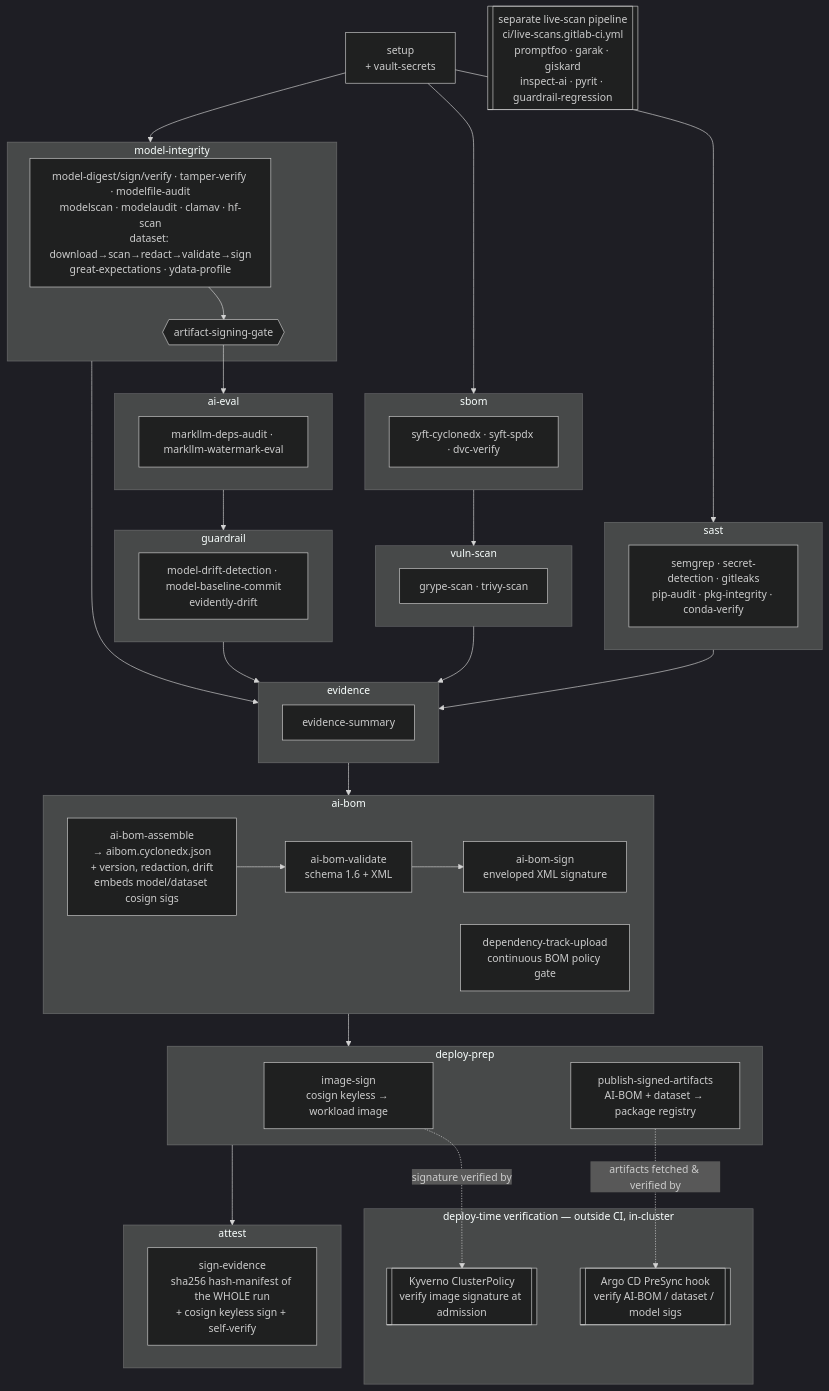
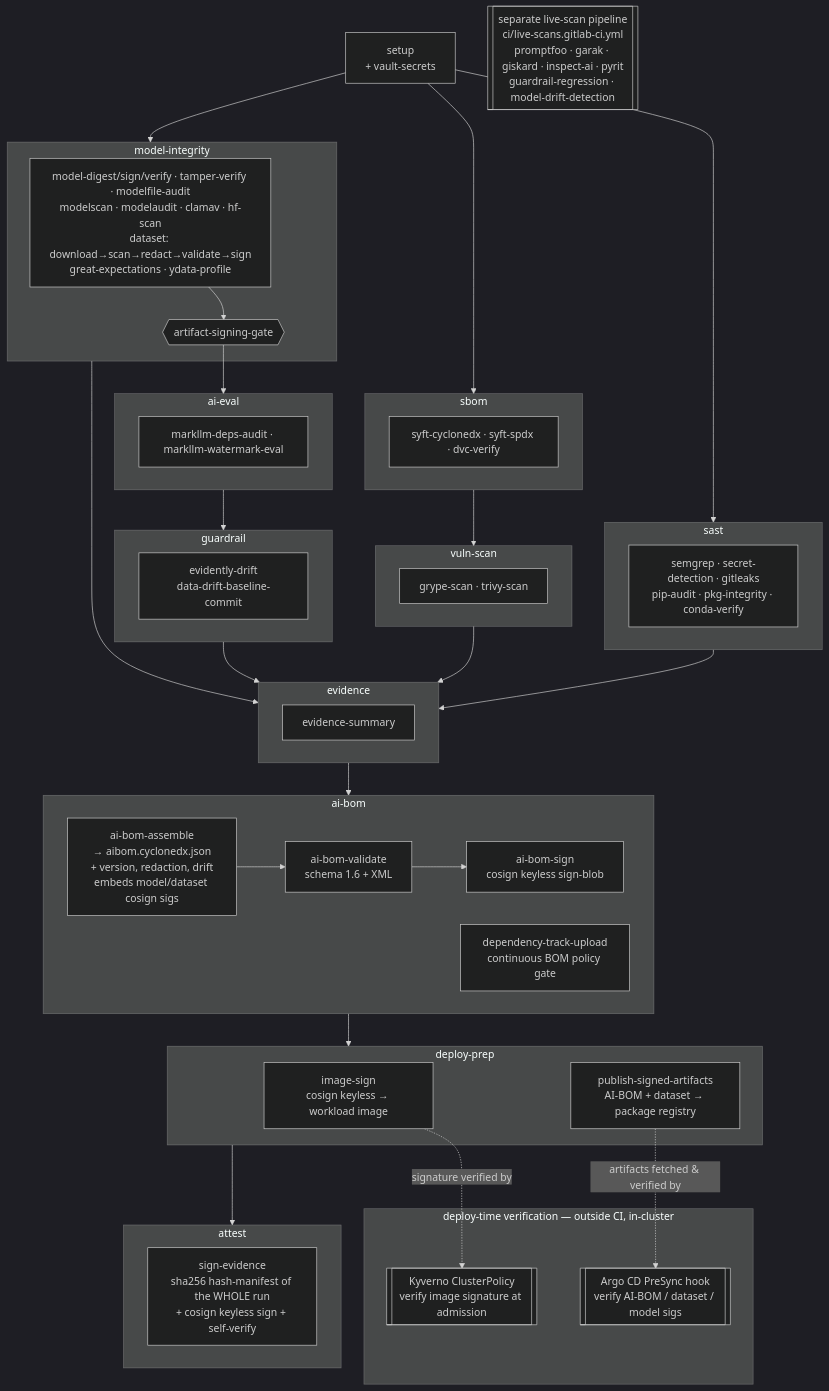
One commit to Nate-Carroll-Cyber/mlsecdevops-pipeline-example changed the diagram in docs/gaips-materials/README.md. Above: the diagram before and after it, drawn with Mermaid (dark theme). The commit also changed other lines of this file and 10 other files, not shown here.

````diff
--- a/docs/gaips-materials/README.md
+++ b/docs/gaips-materials/README.md
@@ -82,54 +82,54 @@
 ```mermaid
 flowchart TD
     setup[setup<br/>+ vault-secrets]
 
     subgraph SAST [sast]
       sast_jobs[semgrep · secret-detection · gitleaks<br/>pip-audit · pkg-integrity · conda-verify]
     end
     subgraph SBOM [sbom]
       sbom_jobs[syft-cyclonedx · syft-spdx · dvc-verify]
     end
     subgraph VULN [vuln-scan]
       vuln_jobs[grype-scan · trivy-scan]
     end
     subgraph MI [model-integrity]
       mi_jobs[model-digest/sign/verify · tamper-verify · modelfile-audit<br/>modelscan · modelaudit · clamav · hf-scan<br/>dataset: download→scan→redact→validate→sign<br/>great-expectations · ydata-profile]
       gate{{artifact-signing-gate}}
       mi_jobs --> gate
     end
     subgraph EVAL [ai-eval]
       eval_jobs[markllm-deps-audit · markllm-watermark-eval]
     end
     subgraph GUARD [guardrail]
-      guard_jobs[model-drift-detection · model-baseline-commit<br/>evidently-drift]
+      guard_jobs[evidently-drift<br/>data-drift-baseline-commit]
     end
-    livescan[[separate live-scan pipeline<br/>ci/live-scans.gitlab-ci.yml<br/>promptfoo · garak · giskard<br/>inspect-ai · pyrit · guardrail-regression]]
+    livescan[[separate live-scan pipeline<br/>ci/live-scans.gitlab-ci.yml<br/>promptfoo · garak · giskard · inspect-ai · pyrit<br/>guardrail-regression · model-drift-detection]]
     subgraph EVID [evidence]
       evid_jobs[evidence-summary]
     end
     subgraph AIBOM [ai-bom]
-      assemble[ai-bom-assemble<br/>→ aibom.cyclonedx.json<br/>+ version, redaction, drift<br/>embeds model/dataset cosign sigs] --> validate[ai-bom-validate<br/>schema 1.6 + XML] --> aibom_sign[ai-bom-sign<br/>enveloped XML signature]
+      assemble[ai-bom-assemble<br/>→ aibom.cyclonedx.json<br/>+ version, redaction, drift<br/>embeds model/dataset cosign sigs] --> validate[ai-bom-validate<br/>schema 1.6 + XML] --> aibom_sign[ai-bom-sign<br/>cosign keyless sign-blob]
       dtrack[dependency-track-upload<br/>continuous BOM policy gate]
     end
     subgraph DEPLOY [deploy-prep]
       imgsign[image-sign<br/>cosign keyless → workload image]
       publish[publish-signed-artifacts<br/>AI-BOM + dataset → package registry]
     end
     subgraph ATTEST [attest]
       signev[sign-evidence<br/>sha256 hash-manifest of the WHOLE run<br/>+ cosign keyless sign + self-verify]
     end
     subgraph VERIFY [deploy-time verification — outside CI, in-cluster]
       kyverno[[Kyverno ClusterPolicy<br/>verify image signature at admission]]
       presync[[Argo CD PreSync hook<br/>verify AI-BOM / dataset / model sigs]]
     end
 
     setup --> SAST & SBOM & MI
     SBOM --> VULN
     gate --> EVAL --> GUARD
     SAST & VULN & GUARD & MI --> EVID
     EVID --> AIBOM
     AIBOM --> DEPLOY
     DEPLOY --> ATTEST
     imgsign -. "signature verified by" .-> kyverno
     publish -. "artifacts fetched & verified by" .-> presync
 ```
````
